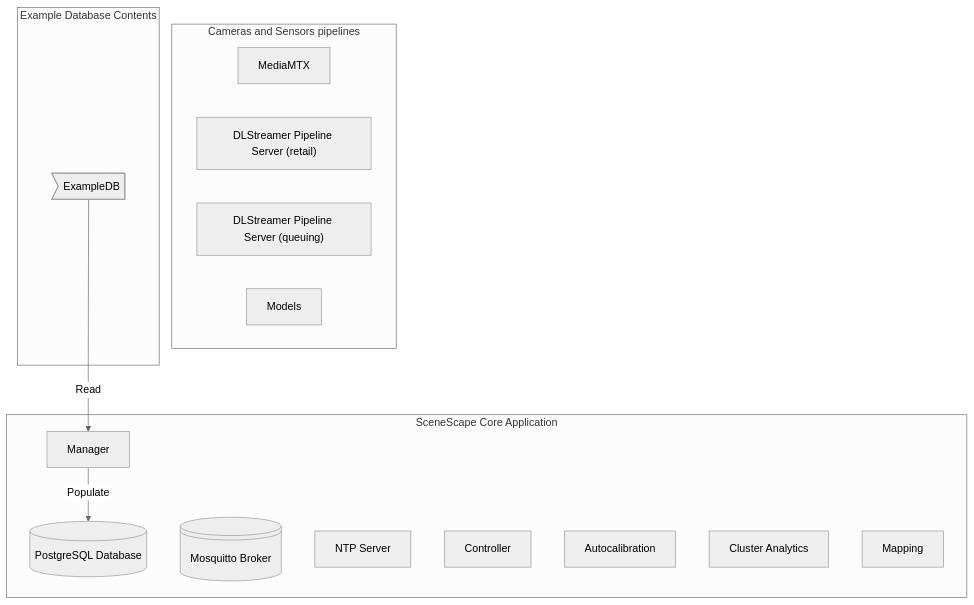
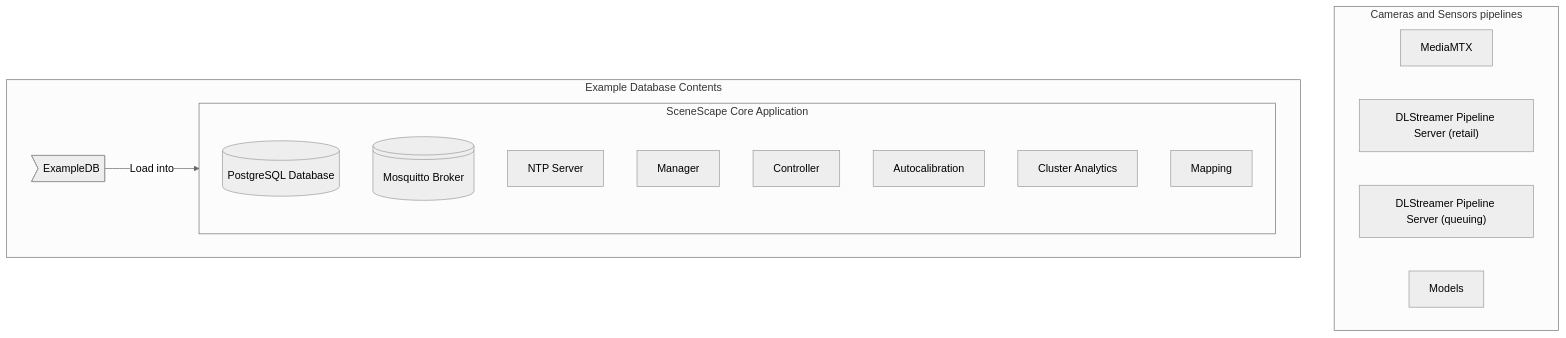
One commit to open-edge-platform/scenescape changed the second of 2 diagrams in docs/design/core-scenescape-deployment-package.md. Above: the diagram before and after it, drawn with Mermaid (neutral theme). The commit also changed other lines of this file, not shown here.

````diff
--- a/docs/design/core-scenescape-deployment-package.md
+++ b/docs/design/core-scenescape-deployment-package.md
@@ -66,26 +66,25 @@
 ```mermaid
 flowchart TB
   subgraph core [SceneScape Core Application]
     Postgres["PostgreSQL Database"]@{ shape: "cylinder" }
     Mosquitto["Mosquitto Broker"]@{ shape: "lin-cyl" }
     NTP["NTP Server"]
     Manager["Manager"]
     Controller["Controller"]
     Autocalibration["Autocalibration"]
     ClusterAnalytics["Cluster Analytics"]
     Mapping["Mapping"]
   end
 
   subgraph sensors [Cameras and Sensors pipelines]
     MediaMtx["MediaMTX"]
     DLSPSRetail["DLStreamer Pipeline Server (retail)"]
     DLSPSSQueuing["DLStreamer Pipeline Server (queuing)"]
     Models["Models"]
   end
 
   subgraph data [Example Database Contents]
     ExampleDB@{ shape: "odd" }
-    ExampleDB -->|Read| Manager
-    Manager -->|Populate| Postgres
+    ExampleDB -->|Load into| core
   end
 ```
````
